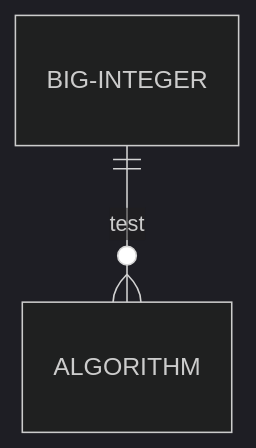
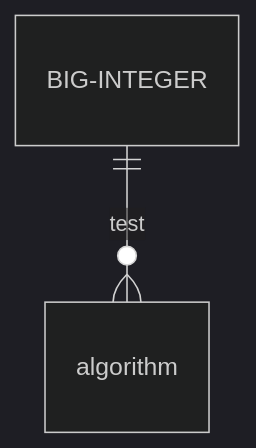
The diagram in test3.md (Eczbek/Eczbek), drawn with Mermaid (dark theme) before and after one commit.

````diff
--- a/test3.md
+++ b/test3.md
@@ -1,4 +1,4 @@
 ```mermaid
   erDiagram
-      BIG-INTEGER ||--o{ ALGORITHM : test
+      BIG-INTEGER ||--o{ algorithm : test
 ```
````
